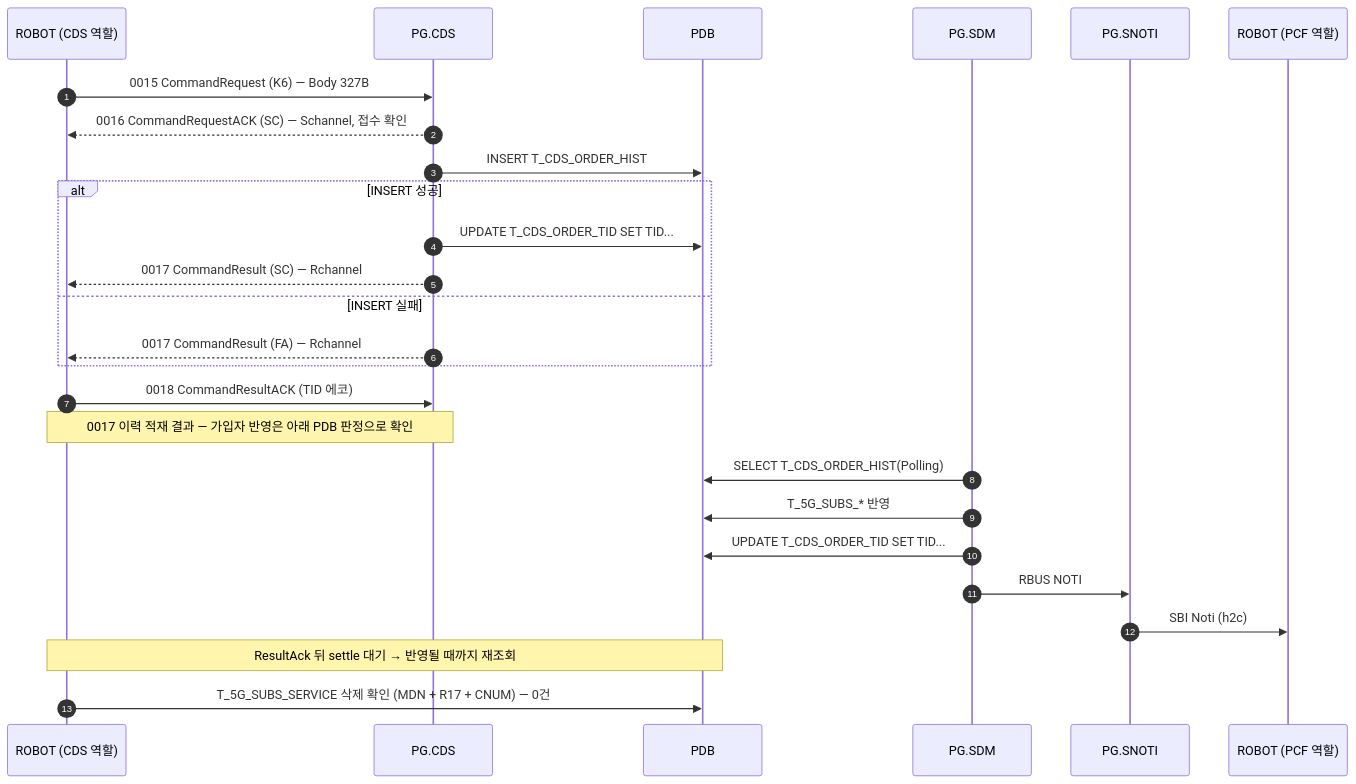
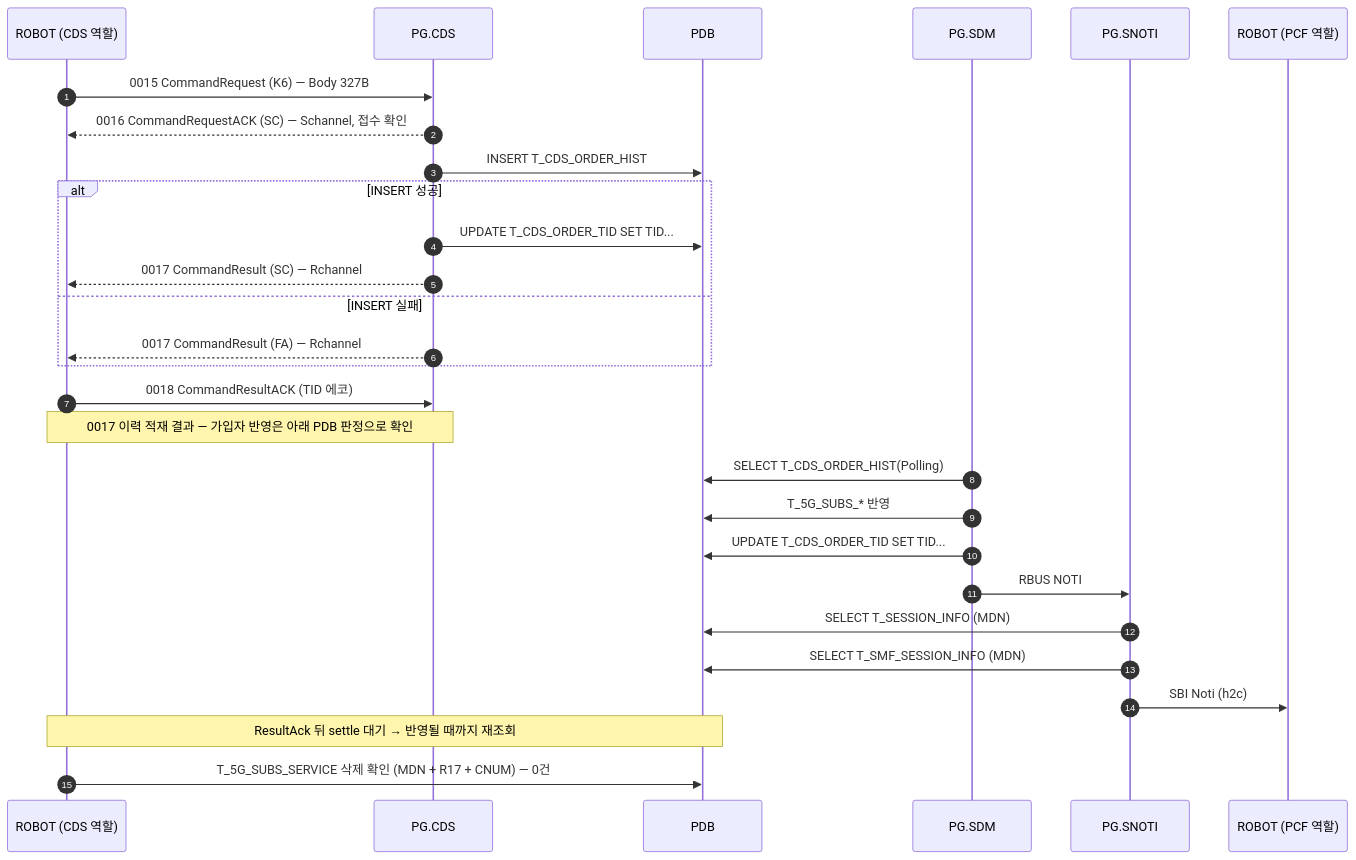
One commit to IanKim2030/tc4robot changed the diagram in docs/callflow/CDS_K6.md. Above: the diagram before and after it, drawn with Mermaid. The commit also changed 19 other files, not shown here.

````diff
--- a/docs/callflow/CDS_K6.md
+++ b/docs/callflow/CDS_K6.md
@@ -15,30 +15,32 @@
 ```mermaid
 sequenceDiagram
     autonumber
     participant TOOL as ROBOT (CDS 역할)
     participant PCDS as PG.CDS
     participant PDB as PDB
     participant SDM as PG.SDM
     participant SNOTI as PG.SNOTI
     participant PCF as ROBOT (PCF 역할)
 
     TOOL->>PCDS: 0015 CommandRequest (K6) — Body 327B
     PCDS-->>TOOL: 0016 CommandRequestACK (SC) — Schannel, 접수 확인
     PCDS->>PDB: INSERT T_CDS_ORDER_HIST
     alt INSERT 성공
         PCDS->>PDB: UPDATE T_CDS_ORDER_TID SET TID...
         PCDS-->>TOOL: 0017 CommandResult (SC) — Rchannel
     else INSERT 실패
         PCDS-->>TOOL: 0017 CommandResult (FA) — Rchannel
     end
     TOOL->>PCDS: 0018 CommandResultACK (TID 에코)
     Note over TOOL,PCDS: 0017 이력 적재 결과 — 가입자 반영은 아래 PDB 판정으로 확인
 
     SDM->>PDB: SELECT T_CDS_ORDER_HIST(Polling)
     SDM->>PDB: T_5G_SUBS_* 반영
     SDM->>PDB: UPDATE T_CDS_ORDER_TID SET TID...
     SDM->>SNOTI: RBUS NOTI
+    SNOTI->>PDB: SELECT T_SESSION_INFO (MDN)
+    SNOTI->>PDB: SELECT T_SMF_SESSION_INFO (MDN)
     SNOTI->>PCF: SBI Noti (h2c)
     Note over TOOL,PDB: ResultAck 뒤 settle 대기 → 반영될 때까지 재조회
     TOOL->>PDB: T_5G_SUBS_SERVICE 삭제 확인 (MDN + R17 + CNUM) — 0건
 ```
````
